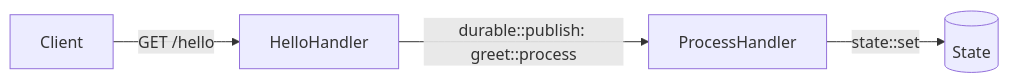
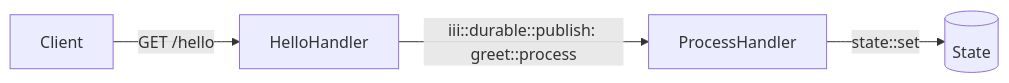
The diagram in docs/examples/hello-world.mdx (iii-hq/iii), drawn with Mermaid before and after one commit. The commit also changed other lines of this file and 24 other files, not shown here.

First line of the commit message:
refactor: rename durable::publish to iii::durable::publish

````diff
--- a/docs/examples/hello-world.mdx
+++ b/docs/examples/hello-world.mdx
@@ -8,6 +8,6 @@
 ```mermaid
 graph LR
     Client -->|"GET /hello"| HelloHandler
-    HelloHandler -->|"durable::publish: greet::process"| ProcessHandler
+    HelloHandler -->|"iii::durable::publish: greet::process"| ProcessHandler
     ProcessHandler -->|"state::set"| State[(State)]
 ```
````
